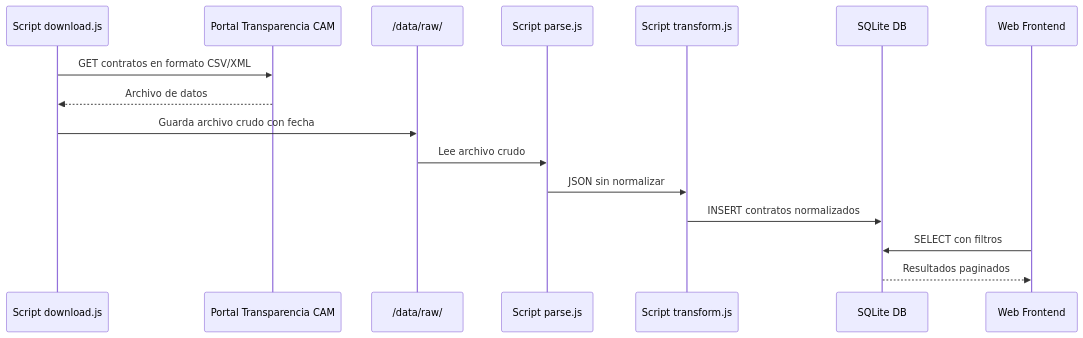
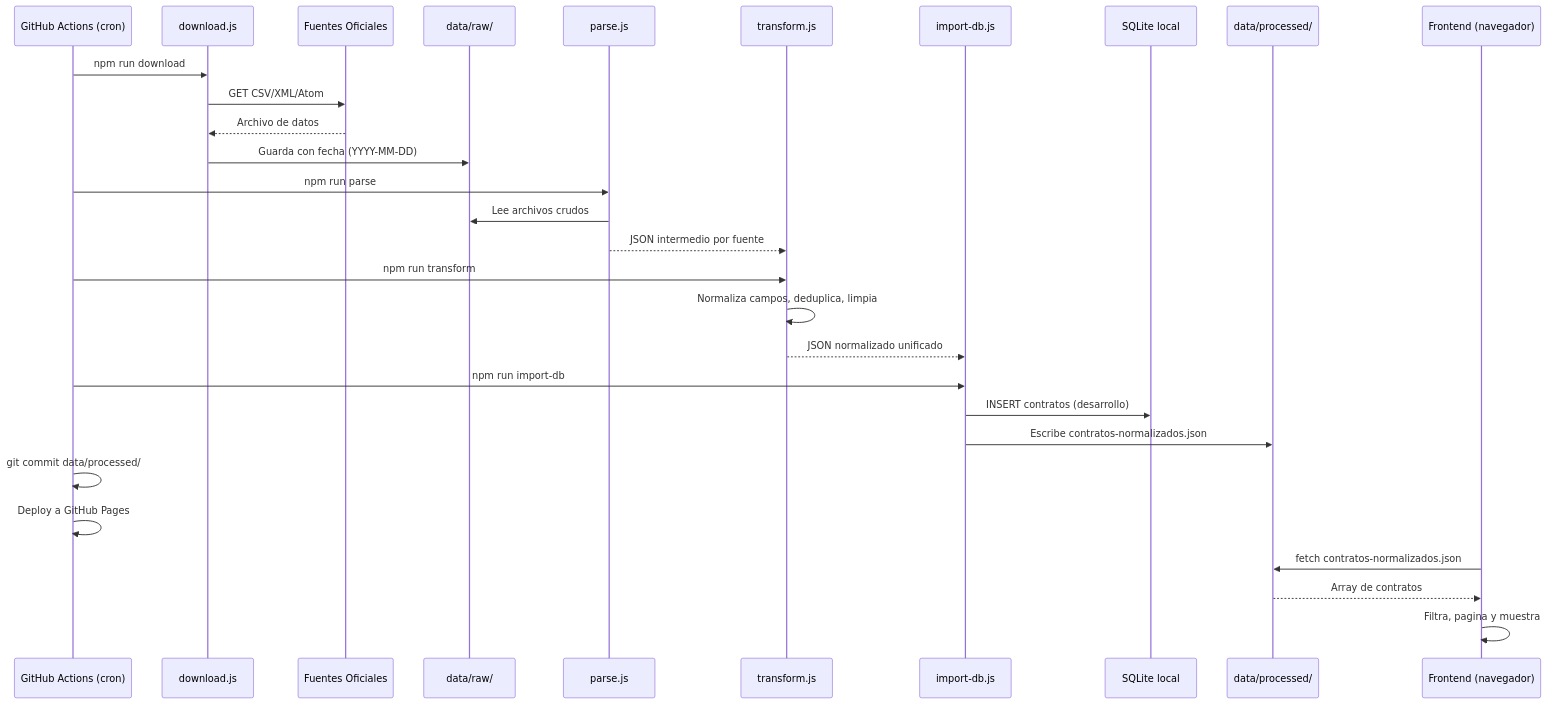
The second of 2 diagrams in plans/arquitectura.md (albus-quinctus/ContratosCAM), drawn with Mermaid before and after one commit. The commit also changed other lines of this file and 16 other files, not shown here.

````diff
--- a/plans/arquitectura.md
+++ b/plans/arquitectura.md
@@ -101,19 +169,37 @@
 ```mermaid
 sequenceDiagram
-    participant S as Script download.js
-    participant API as Portal Transparencia CAM
-    participant R as /data/raw/
-    participant P as Script parse.js
-    participant T as Script transform.js
-    participant DB as SQLite DB
-    participant W as Web Frontend
+    participant GH as GitHub Actions (cron)
+    participant DL as download.js
+    participant API as Fuentes Oficiales
+    participant R as data/raw/
+    participant P as parse.js
+    participant T as transform.js
+    participant IDB as import-db.js
+    participant DB as SQLite local
+    participant JSON as data/processed/
+    participant W as Frontend (navegador)
 
-    S->>API: GET contratos en formato CSV/XML
-    API-->>S: Archivo de datos
-    S->>R: Guarda archivo crudo con fecha
-    R->>P: Lee archivo crudo
-    P->>T: JSON sin normalizar
-    T->>DB: INSERT contratos normalizados
-    W->>DB: SELECT con filtros
-    DB-->>W: Resultados paginados
+    GH->>DL: npm run download
+    DL->>API: GET CSV/XML/Atom
+    API-->>DL: Archivo de datos
+    DL->>R: Guarda con fecha (YYYY-MM-DD)
+
+    GH->>P: npm run parse
+    P->>R: Lee archivos crudos
+    P-->>T: JSON intermedio por fuente
+
+    GH->>T: npm run transform
+    T->>T: Normaliza campos, deduplica, limpia
+    T-->>IDB: JSON normalizado unificado
+
+    GH->>IDB: npm run import-db
+    IDB->>DB: INSERT contratos (desarrollo)
+    IDB->>JSON: Escribe contratos-normalizados.json
+
+    GH->>GH: git commit data/processed/
+    GH->>GH: Deploy a GitHub Pages
+
+    W->>JSON: fetch contratos-normalizados.json
+    JSON-->>W: Array de contratos
+    W->>W: Filtra, pagina y muestra
 ```
````
